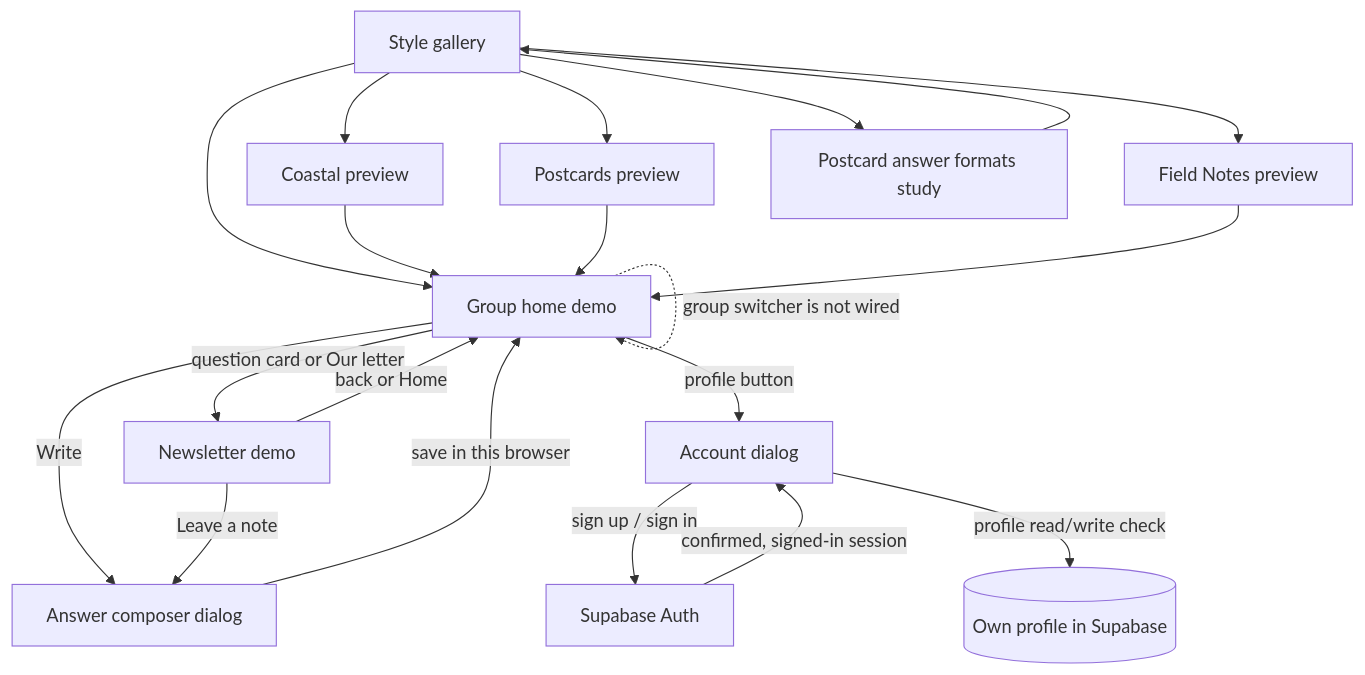
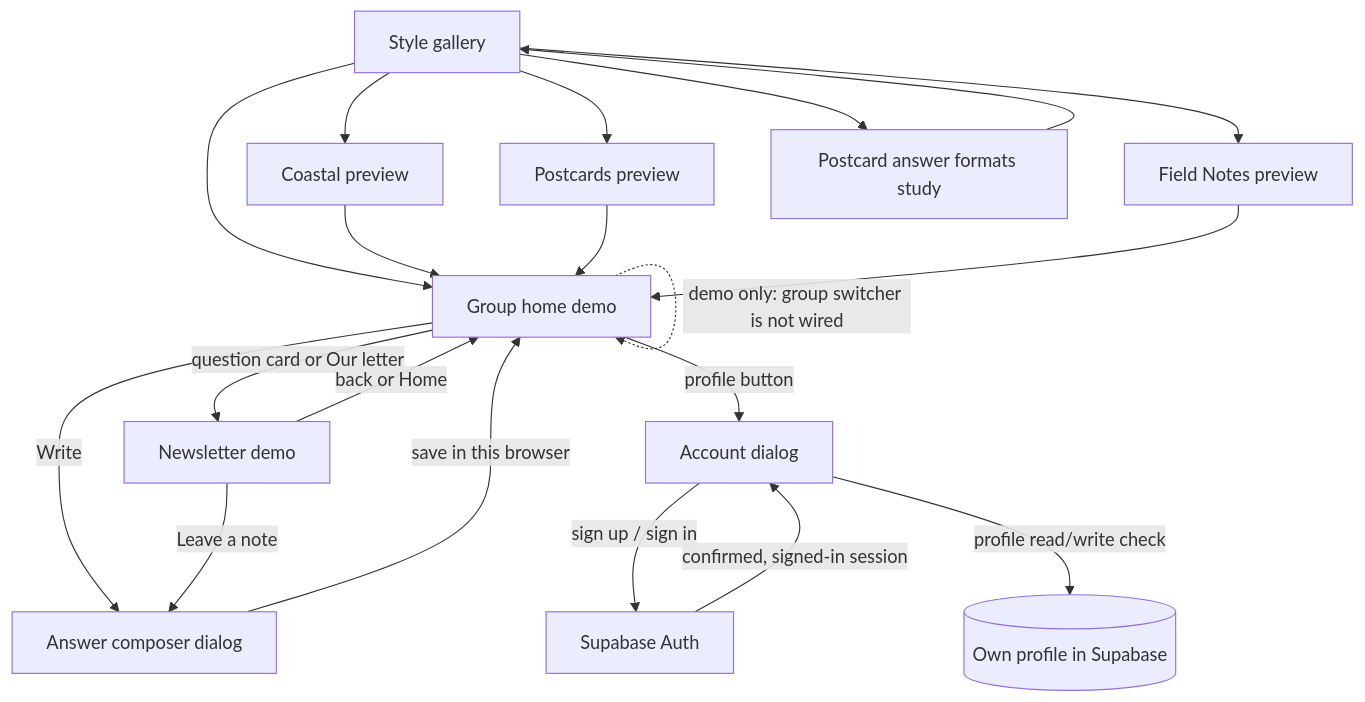
One commit to arkrusade/letterbox changed the second of 3 diagrams in DESIGN.md. Above: the diagram before and after it, drawn with Mermaid. The commit also changed other lines of this file and 13 other files, not shown here.

````diff
--- a/DESIGN.md
+++ b/DESIGN.md
@@ -18,22 +60,22 @@
 ```mermaid
 flowchart TD
   G[Style gallery] --> H[Group home demo]
   G --> C[Coastal preview]
   G --> P[Postcards preview]
   G --> F[Field Notes preview]
   G --> PF[Postcard answer formats study]
   C --> H
   P --> H
   F --> H
   PF --> G
   H -->|question card or Our letter| L[Newsletter demo]
   L -->|back or Home| H
   H -->|Write| W[Answer composer dialog]
   L -->|Leave a note| W
   W -->|save in this browser| H
   H -->|profile button| A[Account dialog]
   A -->|sign up / sign in| S[Supabase Auth]
   S -->|confirmed, signed-in session| A
   A -->|profile read/write check| DB[(Own profile in Supabase)]
-  H -. group switcher is not wired .-> H
+  H -. demo only: group switcher is not wired .-> H
 ```
````
